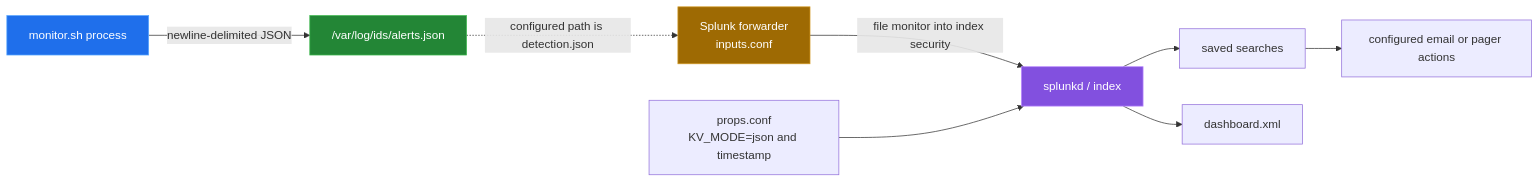
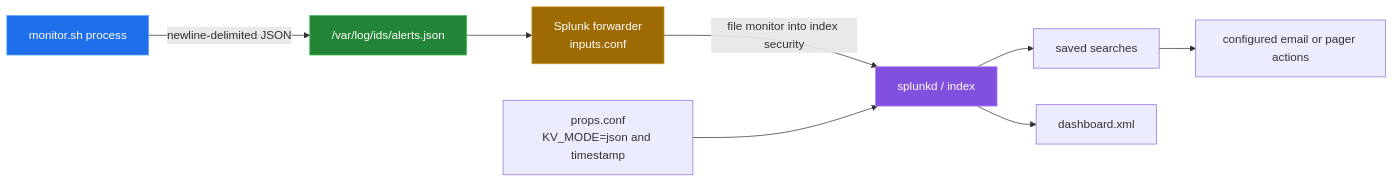
The diagram in docs/splunk-integration.md (Bissbert/posix-ids), drawn with Mermaid before and after one commit. The commit also changed other lines of this file and 8 other files, not shown here.

````diff
--- a/docs/splunk-integration.md
+++ b/docs/splunk-integration.md
@@ -11,15 +10,15 @@
 ```mermaid
 flowchart LR
     M["monitor.sh process"] -->|"newline-delimited JSON"| A["/var/log/ids/alerts.json"]
-    A -. "configured path is detection.json" .-> I["Splunk forwarder<br/>inputs.conf"]
+    A --> I["Splunk forwarder<br/>inputs.conf"]
     I -->|"file monitor into index security"| S["splunkd / index"]
     P["props.conf<br/>KV_MODE=json and timestamp"] --> S
     S --> Q["saved searches"]
     S --> V["dashboard.xml"]
     Q --> E["configured email or pager actions"]
 
     style M fill:#1f6feb,stroke:#58a6ff,color:#fff
     style A fill:#238636,stroke:#3fb950,color:#fff
     style I fill:#9e6a03,stroke:#d29922,color:#fff
     style S fill:#8250df,stroke:#bc8cff,color:#fff
 ```
````
